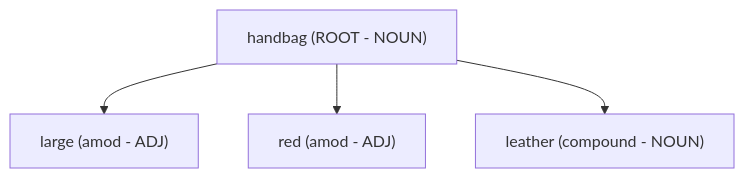
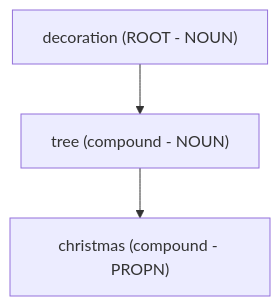
One commit to warlock7/spacy_dev changed the third of 4 diagrams in spacy_nlp_analyzer_explained.md. Above: the diagram before and after it, drawn with Mermaid. The commit also changed other lines of this file and 1 other file, not shown here.

````diff
--- a/spacy_nlp_analyzer_explained.md
+++ b/spacy_nlp_analyzer_explained.md
@@ -127,11 +136,9 @@
 ```mermaid
 graph TD
-    handbag["handbag (ROOT - NOUN)"]
-    large["large (amod - ADJ)"]
-    red["red (amod - ADJ)"]
-    leather["leather (compound - NOUN)"]
+    decoration["decoration (ROOT - NOUN)"]
+    tree["tree (compound - NOUN)"]
+    christmas["christmas (compound - PROPN)"]
 
-    handbag --> large
-    handbag --> red
-    handbag --> leather
+    decoration --> tree
+    tree --> christmas
 ```
````
